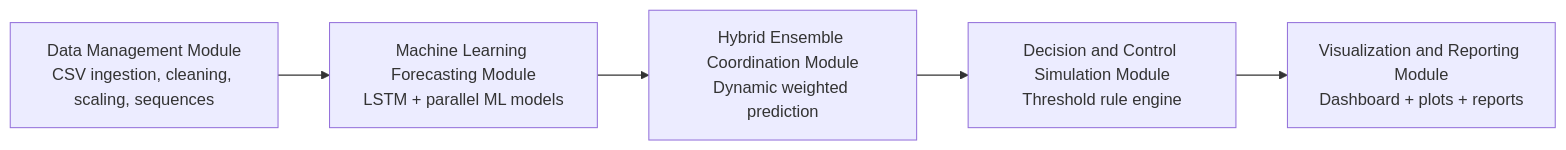
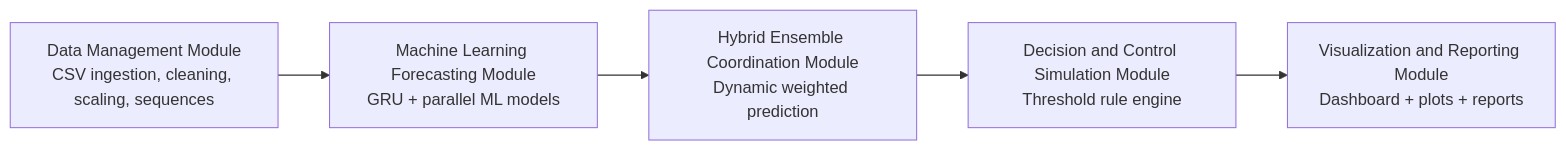
The diagram in README.md (abhiveeramallu/GreenHouseMicroClimateForcastingModel), drawn with Mermaid before and after one commit. The commit also changed other lines of this file, not shown here.

Commit message:
Update README - reflect LSTM to GRU migration and add recent updates section

````diff
--- a/README.md
+++ b/README.md
@@ -20,10 +20,10 @@
 ```mermaid
 flowchart LR
     A[Data Management Module<br/>CSV ingestion, cleaning, scaling, sequences]
-    B[Machine Learning Forecasting Module<br/>LSTM + parallel ML models]
+    B[Machine Learning Forecasting Module<br/>GRU + parallel ML models]
     C[Hybrid Ensemble Coordination Module<br/>Dynamic weighted prediction]
     D[Decision and Control Simulation Module<br/>Threshold rule engine]
     E[Visualization and Reporting Module<br/>Dashboard + plots + reports]
 
     A --> B --> C --> D --> E
 ```
````
